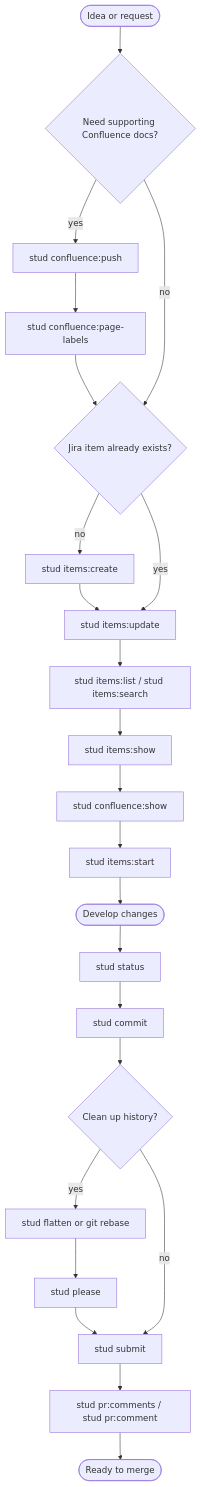
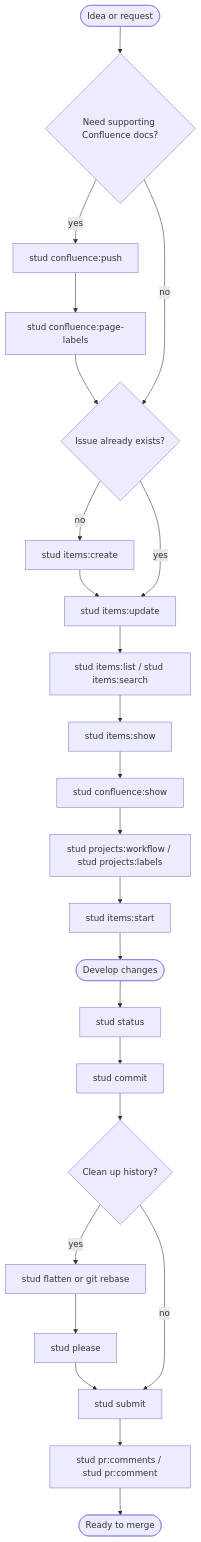
The diagram in documentation/features/workflow-playbook.md (Studapart/stud-cli), drawn with Mermaid before and after one commit. The commit also changed other lines of this file and 9 other files, not shown here.

````diff
--- a/documentation/features/workflow-playbook.md
+++ b/documentation/features/workflow-playbook.md
@@ -9,36 +11,38 @@
 ```mermaid
 flowchart TD
     idea([Idea or request])
     needDoc{Need supporting Confluence docs?}
     createDoc["stud confluence:push"]
     labelDoc["stud confluence:page-labels"]
-    needIssue{Jira item already exists?}
+    needIssue{Issue already exists?}
     createIssue["stud items:create"]
     updateIssue["stud items:update"]
     findIssue["stud items:list / stud items:search"]
     inspectIssue["stud items:show"]
     inspectDoc["stud confluence:show"]
+    discoverMeta["stud projects:workflow / stud projects:labels"]
     startWork["stud items:start"]
     develop([Develop changes])
     status["stud status"]
     commit["stud commit"]
     cleanup{Clean up history?}
     flatten["stud flatten or git rebase"]
     please["stud please"]
     submit["stud submit"]
     review["stud pr:comments / stud pr:comment"]
     done([Ready to merge])
 
     idea --> needDoc
     needDoc -- yes --> createDoc --> labelDoc --> needIssue
     needDoc -- no --> needIssue
     needIssue -- no --> createIssue --> updateIssue
     needIssue -- yes --> updateIssue
     updateIssue --> findIssue --> inspectIssue
     inspectIssue --> inspectDoc
-    inspectDoc --> startWork
+    inspectDoc --> discoverMeta
+    discoverMeta --> startWork
     startWork --> develop --> status --> commit --> cleanup
     cleanup -- yes --> flatten --> please --> submit
     cleanup -- no --> submit
     submit --> review --> done
 ```
````
